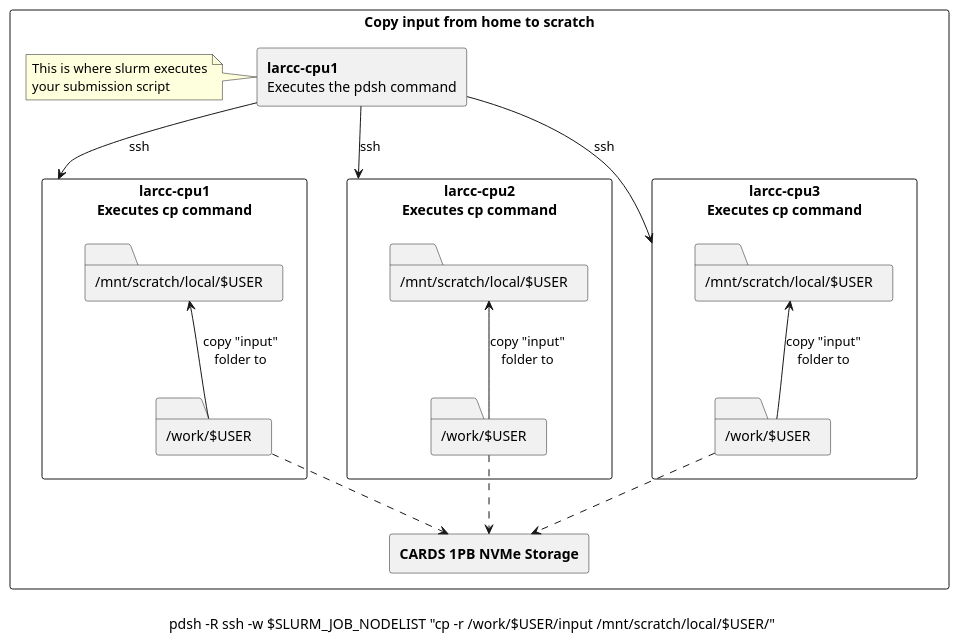
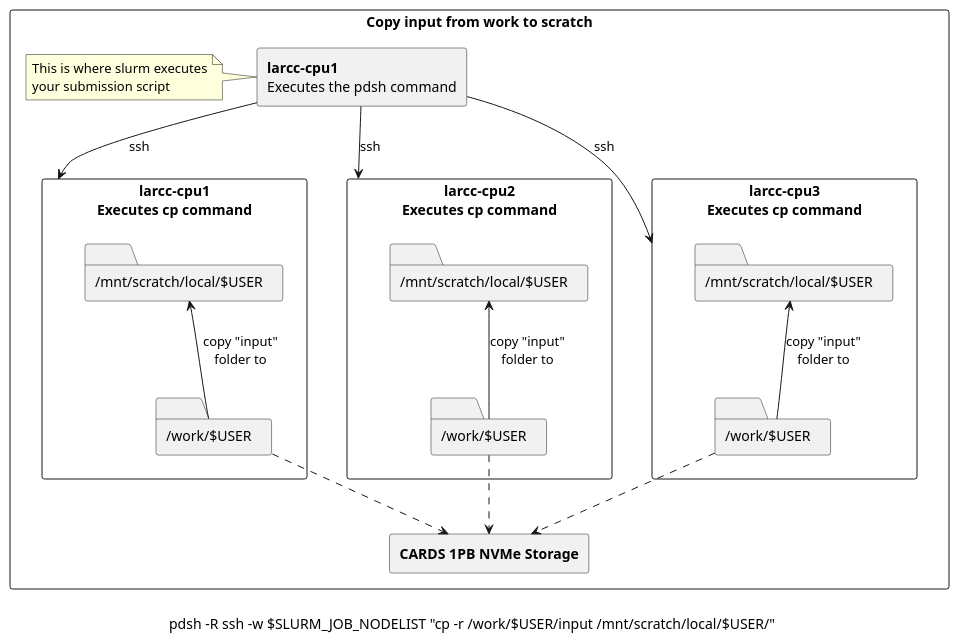
Before and after one commit to ularc/larcc: the diagram in guides/storage/images/pdsh_work_to_scratch.puml, drawn with PlantUML. The commit also changed 1 other file, not shown here.

Commit message:
fix typo in diagram

```diff
--- a/guides/storage/images/pdsh_work_to_scratch.puml
+++ b/guides/storage/images/pdsh_work_to_scratch.puml
@@ -1,39 +1,39 @@
 @startuml
 
-rectangle "Copy input from home to scratch" {
+rectangle "Copy input from work to scratch" {
 caption \lpdsh -R ssh -w $SLURM_JOB_NODELIST "cp -r /work/$USER/input /mnt/scratch/local/$USER/"
 
 rectangle "<b>larcc-cpu1\nExecutes the pdsh command" as job_executor
 note left
   This is where slurm executes
   your submission script
 end note
 rectangle "<b>CARDS 1PB NVMe Storage" as Shared
 
 rectangle "<b>larcc-cpu1\nExecutes cp command" as Node1 {
   folder "/work/$USER" as Node1Home
   folder "/mnt/scratch/local/$USER" as Node1Scratch
 }
 
 rectangle "<b>larcc-cpu2\nExecutes cp command" as Node2 {
   folder "/work/$USER" as Node2Home
   folder "/mnt/scratch/local/$USER" as Node2Scratch
 }
 rectangle "<b>larcc-cpu3\nExecutes cp command" as Node3 {
   folder "/work/$USER" as Node3Home
   folder "/mnt/scratch/local/$USER" as Node3Scratch
 }
 
 job_executor -down-> Node1 : ssh
 job_executor -down-> Node2 : ssh
 job_executor -down-> Node3 : ssh
 
 Node1Home -up-> Node1Scratch : copy "input"\nfolder to
 Node2Home -up-> Node2Scratch : copy "input"\nfolder to
 Node3Home -up-> Node3Scratch : copy "input"\nfolder to
 
 Node1Home -[dashed]down-> Shared
 Node2Home -[dashed]down-> Shared
 Node3Home -[dashed]down-> Shared
 }
 @enduml
```
